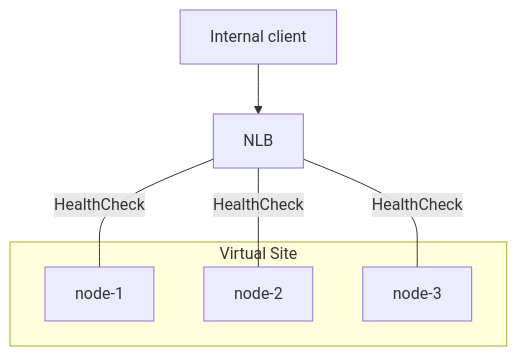
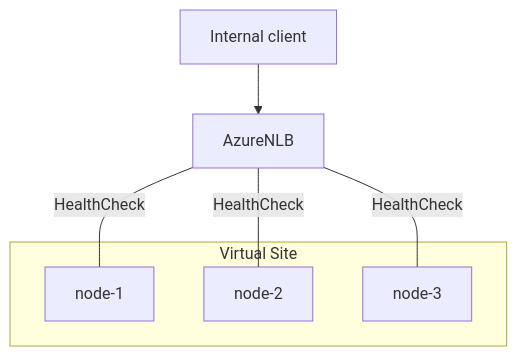
One commit to pavbjj/f5-xc-smsv2-azure changed the fourth of 4 diagrams in README.md. Above: the diagram before and after it, drawn with Mermaid. The commit also changed other lines of this file, not shown here.

````diff
--- a/README.md
+++ b/README.md
@@ -117,15 +117,15 @@
 ``` mermaid
 flowchart TD
 client["Internal client"]
   subgraph "Virtual Site"
     node1["node-1"]
     node2["node-2"]
     node3["node-3"]
   end
 
-  cloud["NLB"]
+  cloud["AzureNLB"]
   client --> cloud
   cloud ---|HealthCheck| node1
   cloud ---|HealthCheck| node2
   cloud ---|HealthCheck| node3
 ```
````
